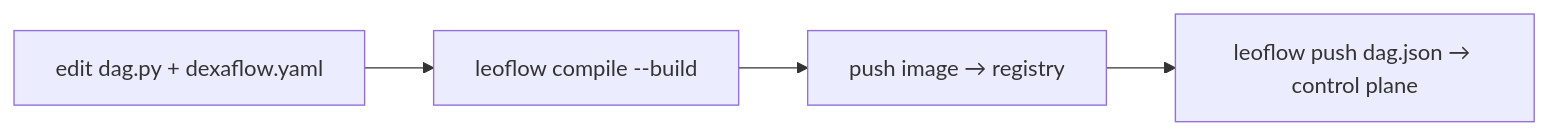
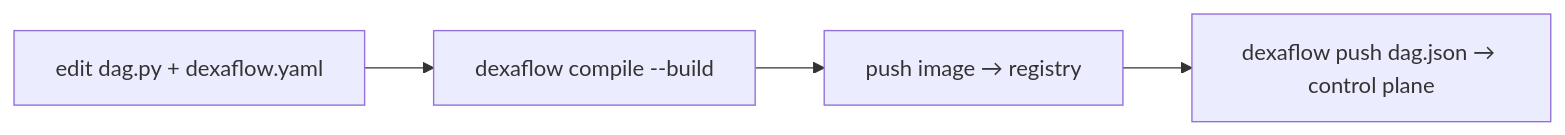
Before and after one commit to dexadata/dexaflow: the diagram in website/content/operate/cicd-deploy.md, drawn with Mermaid. The commit also changed other lines of this file and 277 other files, not shown here.

Commit message:
docs: Dexaflow in the docs and README, with the name history and the leoflow compatibility note

````diff
--- a/website/content/operate/cicd-deploy.md
+++ b/website/content/operate/cicd-deploy.md
@@ -36,6 +36,6 @@
 ```mermaid
 flowchart LR
-  E[edit dag.py + dexaflow.yaml] --> C[leoflow compile --build]
+  E[edit dag.py + dexaflow.yaml] --> C[dexaflow compile --build]
   C --> P[push image → registry]
-  P --> R[leoflow push dag.json → control plane]
+  P --> R[dexaflow push dag.json → control plane]
 ```
````
